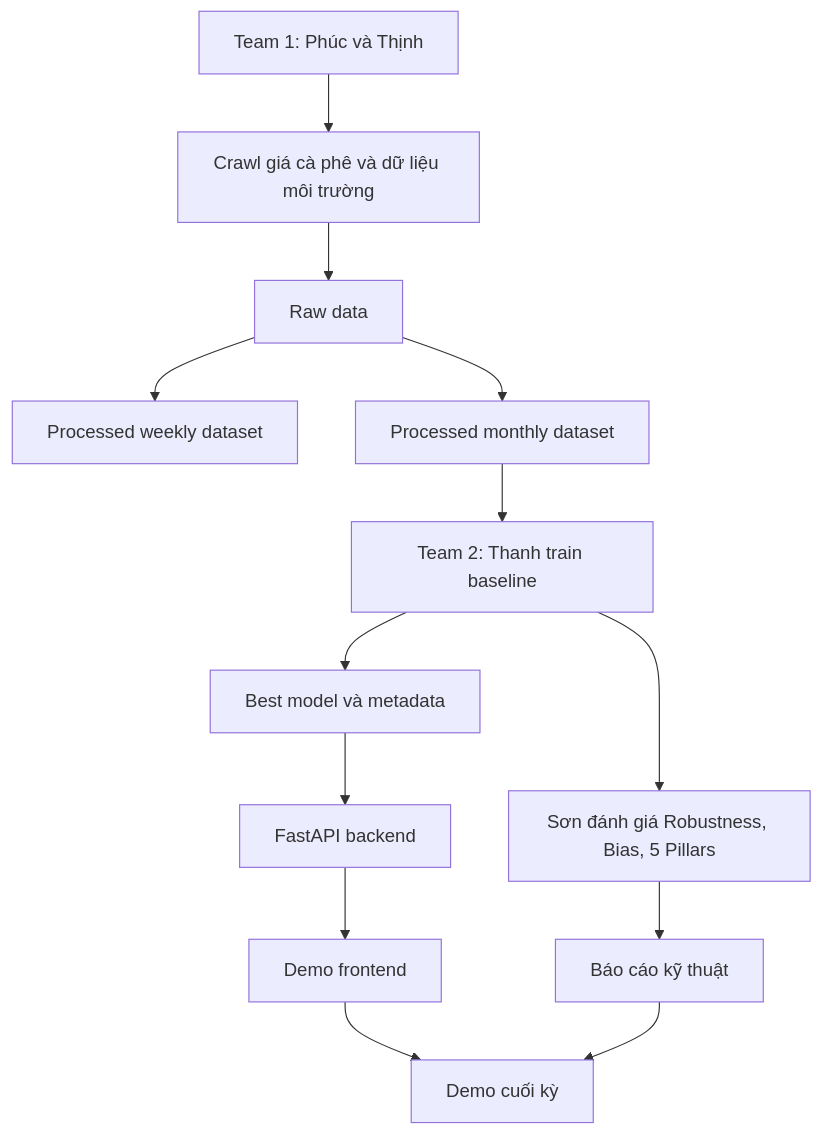
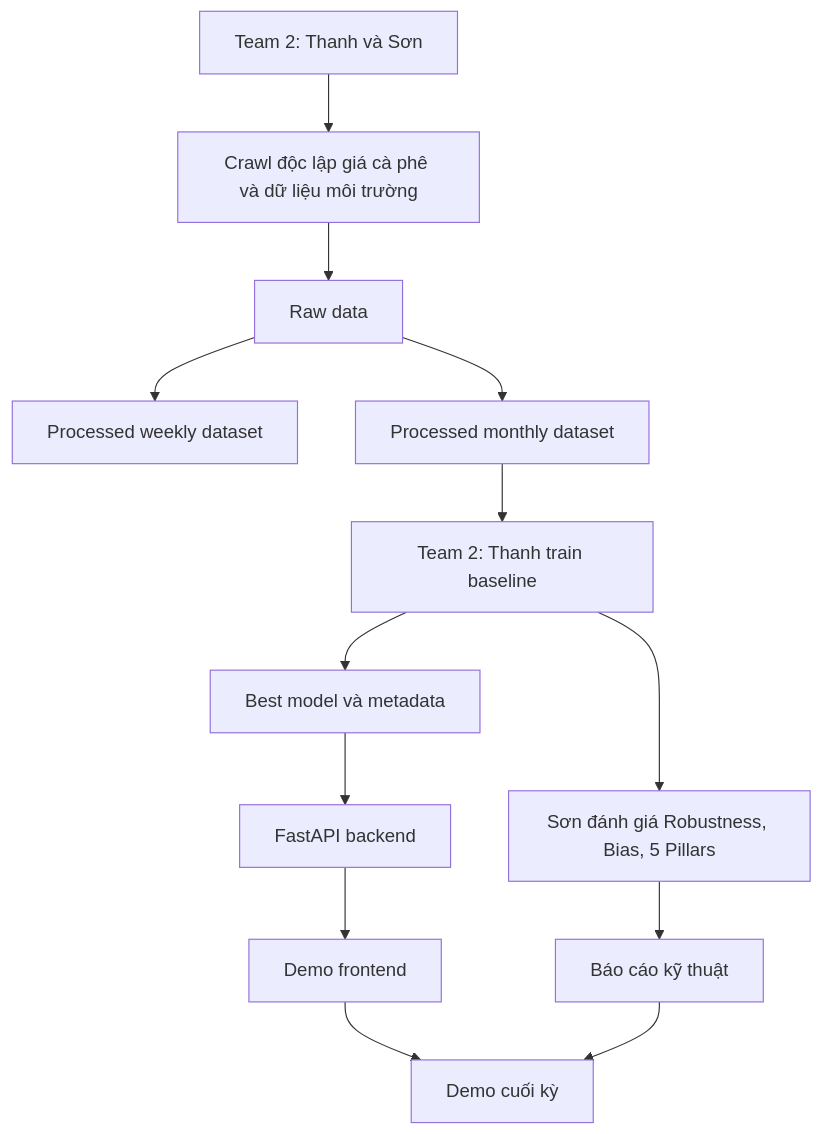
Before and after one commit to uit-25730067-chithanh/AI002-Team22-DT10: the first of 8 diagrams in docs/project-roadmap.md, drawn with Mermaid. The commit also changed other lines of this file and 72 other files, not shown here.

````diff
--- a/docs/project-roadmap.md
+++ b/docs/project-roadmap.md
@@ -9,15 +9,15 @@
 ```mermaid
 flowchart TD
-    A[Team 1: Phúc và Thịnh] --> B[Crawl giá cà phê và dữ liệu môi trường]
+    A[Team 2: Thanh và Sơn] --> B[Crawl độc lập giá cà phê và dữ liệu môi trường]
     B --> C[Raw data]
     C --> D[Processed weekly dataset]
     C --> E[Processed monthly dataset]
     E --> F[Team 2: Thanh train baseline]
     F --> G[Best model và metadata]
     G --> H[FastAPI backend]
     H --> I[Demo frontend]
     F --> J[Sơn đánh giá Robustness, Bias, 5 Pillars]
     J --> K[Báo cáo kỹ thuật]
     I --> L[Demo cuối kỳ]
     K --> L
 ```
````
